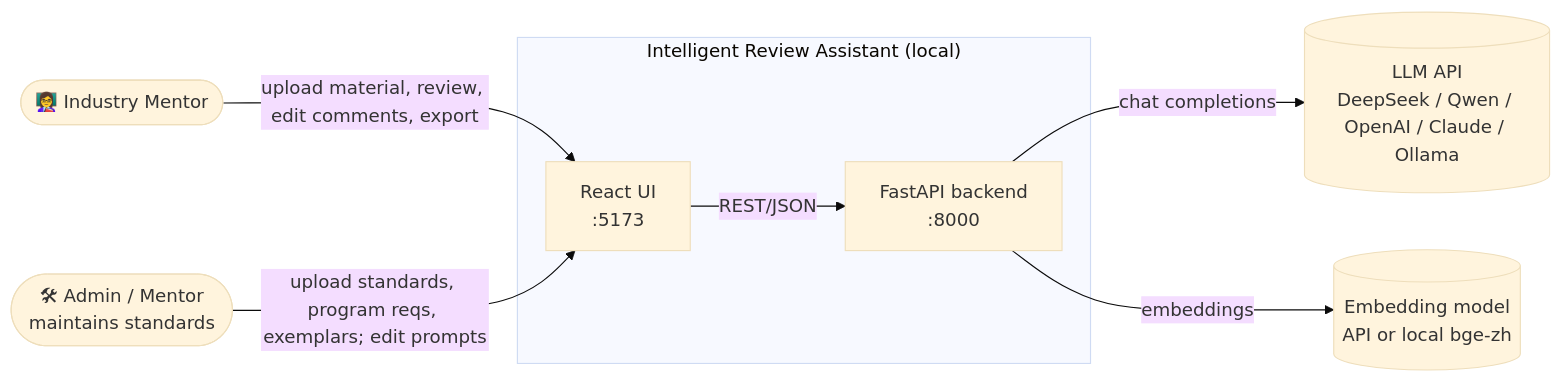
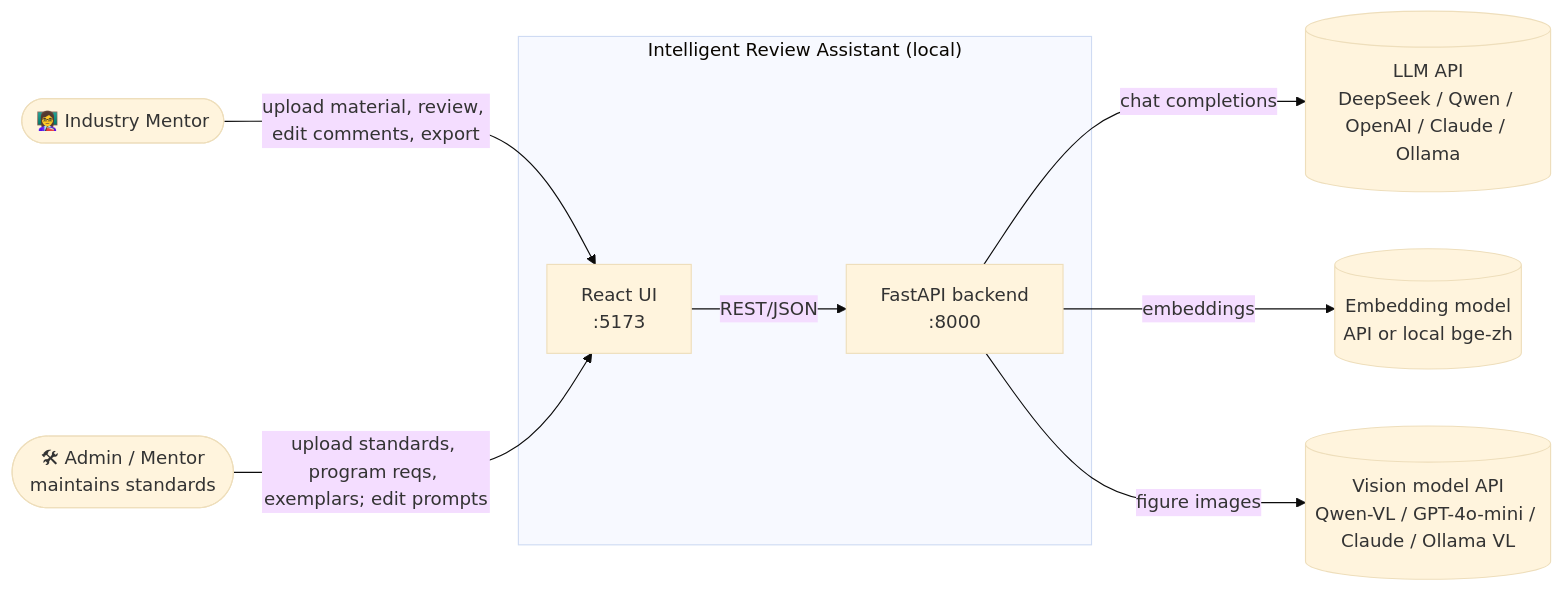
The first of 9 diagrams in architecture.md (hamza-prof/industry-mentor-llm-agent), drawn with Mermaid (base theme) before and after one commit. The commit also changed other lines of this file and 22 other files, not shown here.

````diff
--- a/architecture.md
+++ b/architecture.md
@@ -9,17 +9,19 @@
 ```mermaid
 flowchart LR
     Mentor([👩‍🏫 Industry Mentor])
     Admin([🛠 Admin / Mentor<br/>maintains standards])
     subgraph Tool["Intelligent Review Assistant (local)"]
         UI[React UI<br/>:5173]
         API[FastAPI backend<br/>:8000]
     end
     LLM[(LLM API<br/>DeepSeek / Qwen / OpenAI / Claude / Ollama)]
+    VIS[(Vision model API<br/>Qwen-VL / GPT-4o-mini / Claude / Ollama VL)]
     EMB[(Embedding model<br/>API or local bge-zh)]
 
     Mentor -- upload material, review, edit comments, export --> UI
     Admin -- upload standards, program reqs, exemplars; edit prompts --> UI
     UI -- REST/JSON --> API
     API -- chat completions --> LLM
     API -- embeddings --> EMB
+    API -- figure images --> VIS
 ```
````
